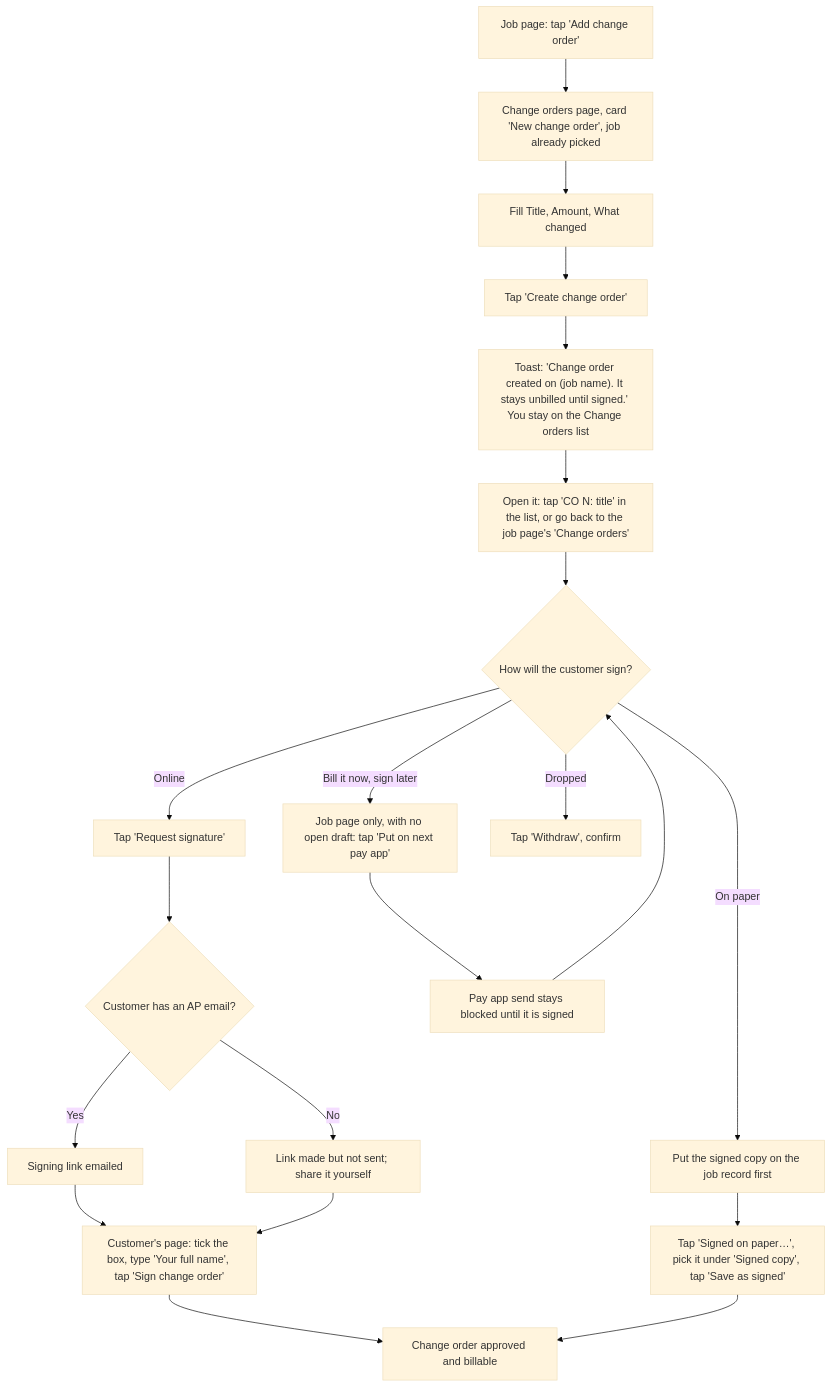
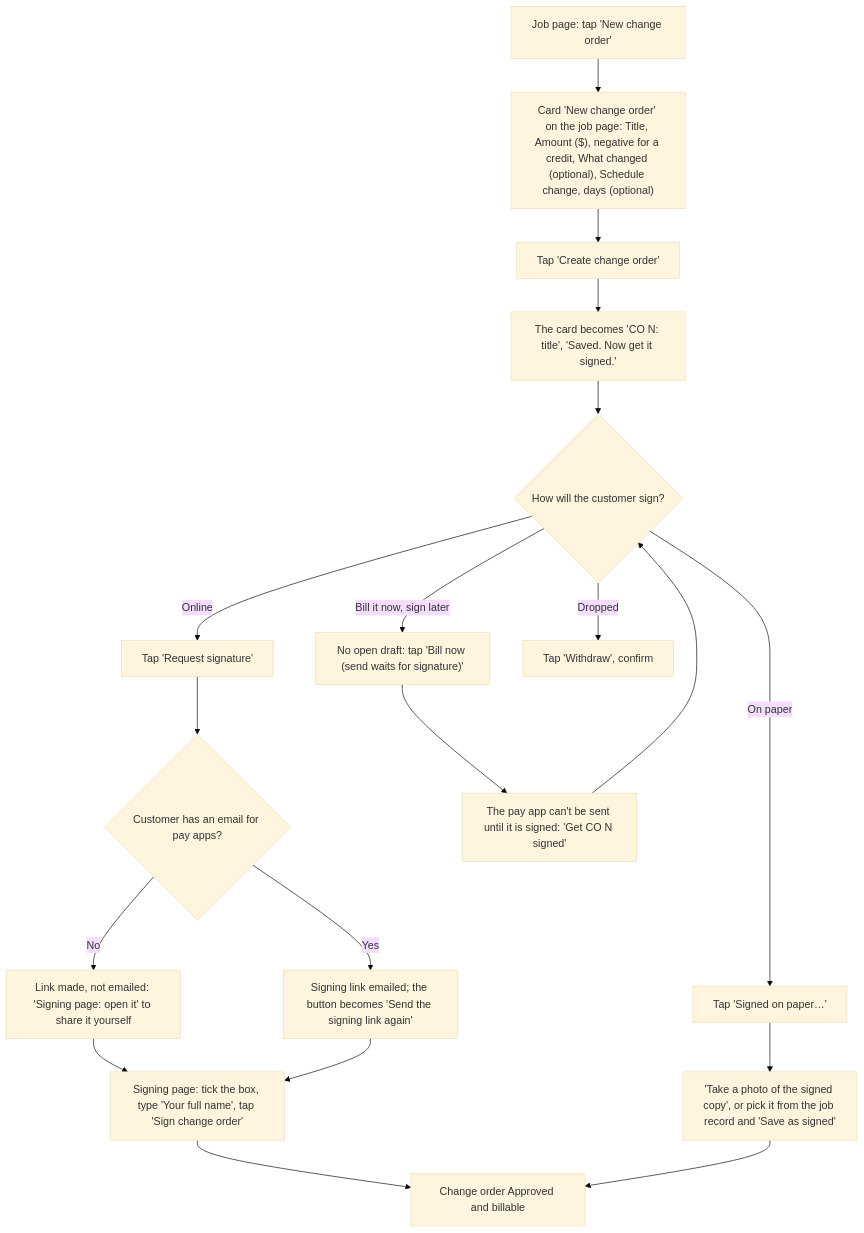
One commit to cartwrightstephen/billdable changed the sixth of 15 diagrams in docs/client-flows.md. Above: the diagram before and after it, drawn with Mermaid (base theme). The commit also changed other lines of this file and 15 other files, not shown here.

First line of the commit message:
Round 6: R6-11 wireframes and flows caught up with the app

````diff
--- a/docs/client-flows.md
+++ b/docs/client-flows.md
@@ -224,23 +220,21 @@
 ```mermaid
 flowchart TD
-    A["Job page: tap 'Add change order'"] --> B["Change orders page, card 'New change order', job already picked"]
-    B --> C["Fill Title, Amount, What changed"]
-    C --> D["Tap 'Create change order'"]
-    D --> E["Toast: 'Change order created on (job name). It stays unbilled until signed.' You stay on the Change orders list"]
-    E --> E2["Open it: tap 'CO N: title' in the list, or go back to the job page's 'Change orders'"]
-    E2 --> F{"How will the customer sign?"}
+    A["Job page: tap 'New change order'"] --> B["Card 'New change order' on the job page: Title, Amount ($), negative for a credit, What changed (optional), Schedule change, days (optional)"]
+    B --> D["Tap 'Create change order'"]
+    D --> E["The card becomes 'CO N: title', 'Saved. Now get it signed.'"]
+    E --> F{"How will the customer sign?"}
     F -->|"Online"| G["Tap 'Request signature'"]
-    G --> H{"Customer has an AP email?"}
-    H -->|"Yes"| I["Signing link emailed"]
-    H -->|"No"| J["Link made but not sent; share it yourself"]
-    I --> K["Customer's page: tick the box, type 'Your full name', tap 'Sign change order'"]
+    G --> H{"Customer has an email for pay apps?"}
+    H -->|"Yes"| I["Signing link emailed; the button becomes 'Send the signing link again'"]
+    H -->|"No"| J["Link made, not emailed: 'Signing page: open it' to share it yourself"]
     J --> K
-    F -->|"On paper"| L["Put the signed copy on the job record first"]
-    L --> M["Tap 'Signed on paper…', pick it under 'Signed copy', tap 'Save as signed'"]
-    F -->|"Bill it now, sign later"| N["Job page only, with no open draft: tap 'Put on next pay app'"]
-    N --> O["Pay app send stays blocked until it is signed"]
+    I --> K["Signing page: tick the box, type 'Your full name', tap 'Sign change order'"]
+    F -->|"On paper"| L["Tap 'Signed on paper…'"]
+    L --> M["'Take a photo of the signed copy', or pick it from the job record and 'Save as signed'"]
+    F -->|"Bill it now, sign later"| N["No open draft: tap 'Bill now (send waits for signature)'"]
+    N --> O["The pay app can't be sent until it is signed: 'Get CO N signed'"]
     O --> F
     F -->|"Dropped"| P["Tap 'Withdraw', confirm"]
-    K --> Q["Change order approved and billable"]
+    K --> Q["Change order Approved and billable"]
     M --> Q
 ```
````
